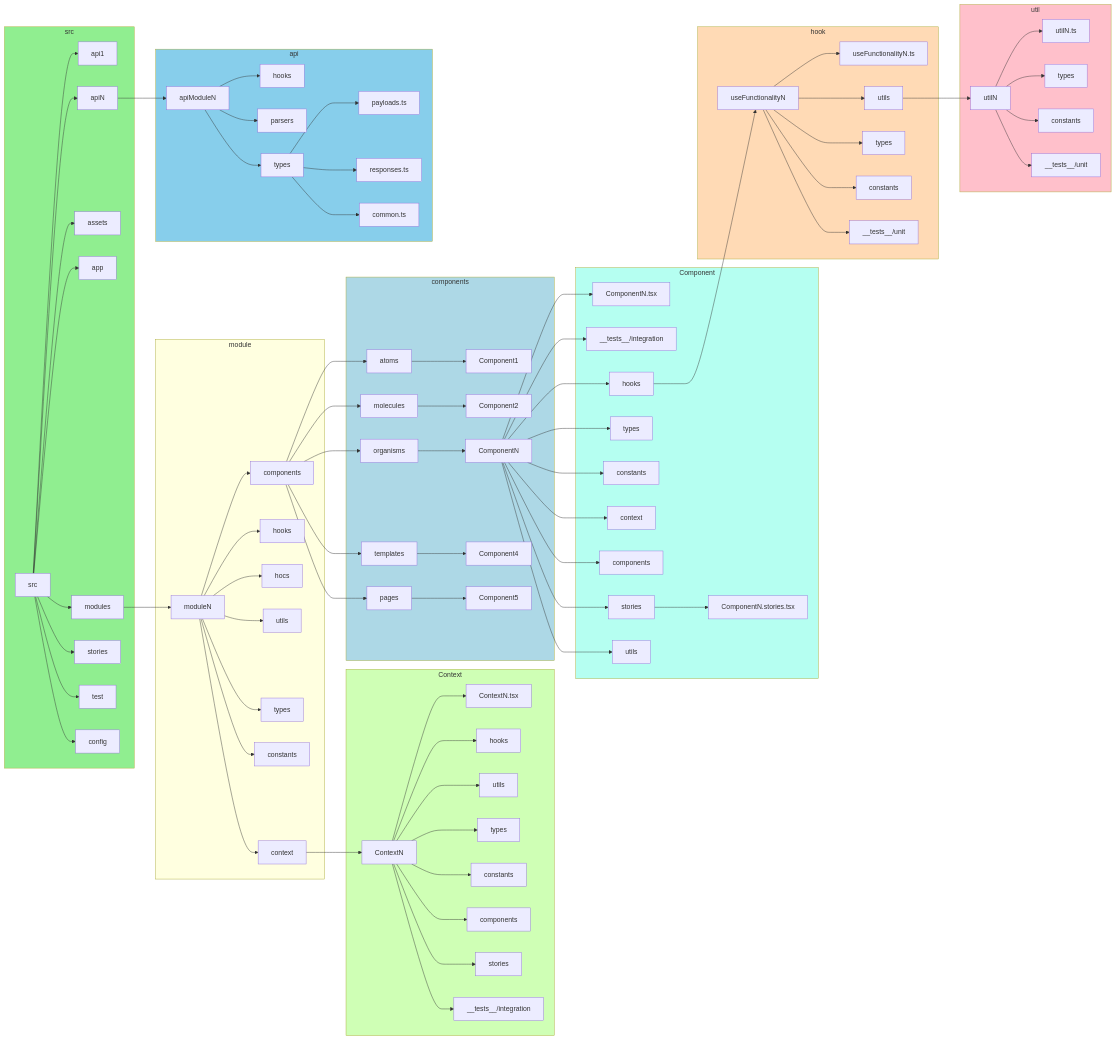
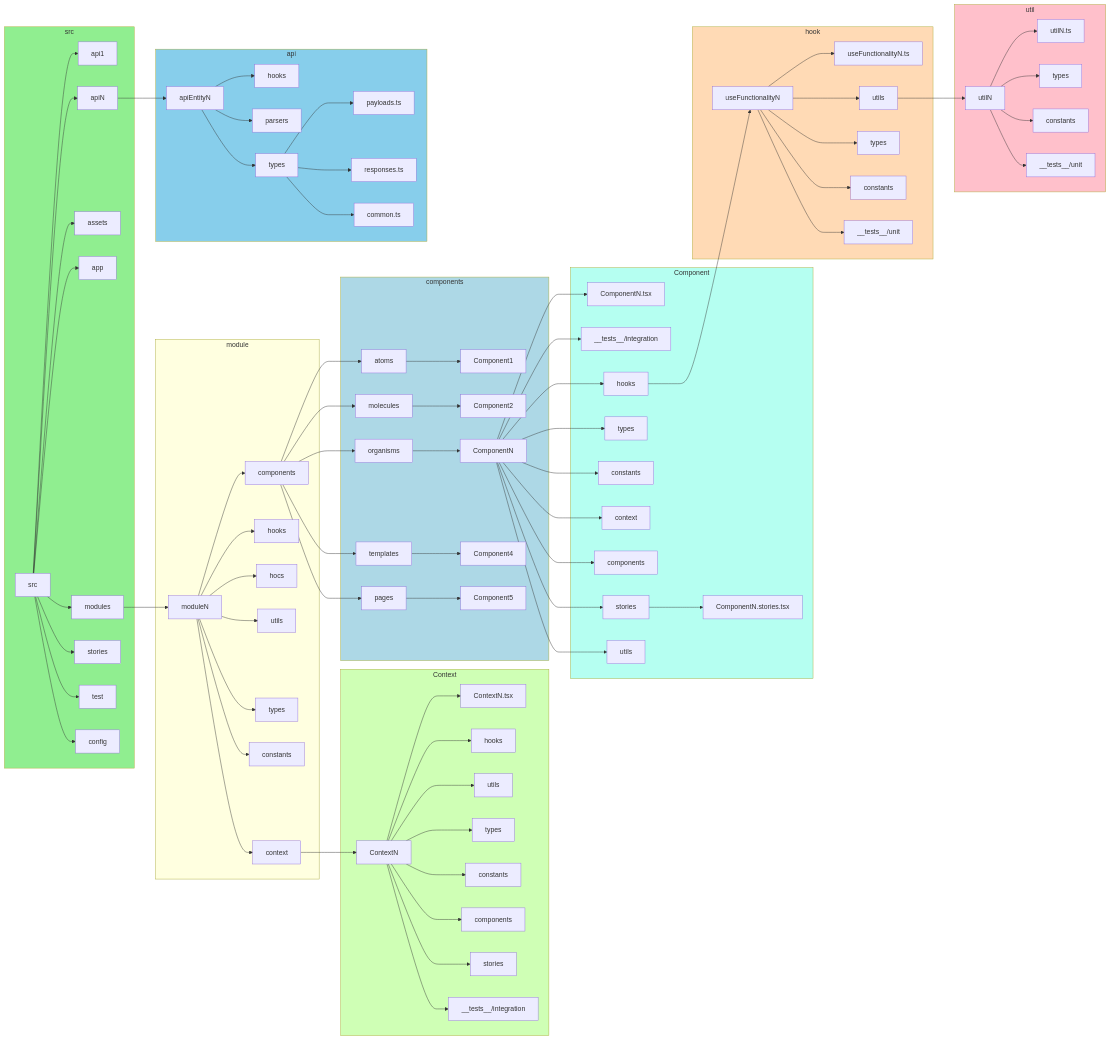
The first of 10 diagrams in apps/archive/docs/engineering-playbook/source-control/simple-react-files-stricture.mdx (runespoor-engineering/runespoorstack), drawn with Mermaid before and after one commit. The commit also changed other lines of this file, not shown here.

```diff
--- a/apps/archive/docs/engineering-playbook/source-control/simple-react-files-stricture.mdx
+++ b/apps/archive/docs/engineering-playbook/source-control/simple-react-files-stricture.mdx
@@ -22,13 +22,13 @@
   end
 
   subgraph apiBlock[api]
-    apiN --> apiModuleN
-    apiModuleN --> apiModuleHooks[hooks]
-    apiModuleN --> apiModuleParsers[parsers]
-    apiModuleN --> apiModuleTypes[types]
-    apiModuleTypes --> payloads.ts
-    apiModuleTypes --> responses.ts
-    apiModuleTypes --> common.ts
+    apiN --> apiEntityN
+    apiEntityN --> apiEntityHooks[hooks]
+    apiEntityN --> apiEntityParsers[parsers]
+    apiEntityN --> apiEntityTypes[types]
+    apiEntityTypes --> payloads.ts
+    apiEntityTypes --> responses.ts
+    apiEntityTypes --> common.ts
   end
 
   subgraph moduleBlock[module]
```
